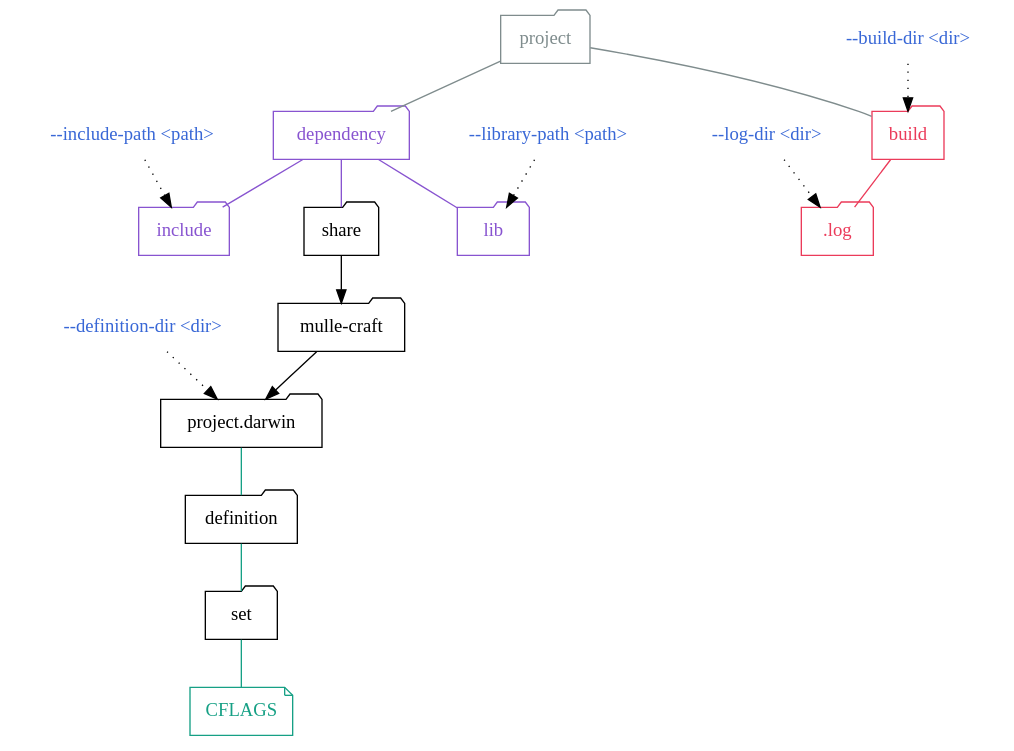
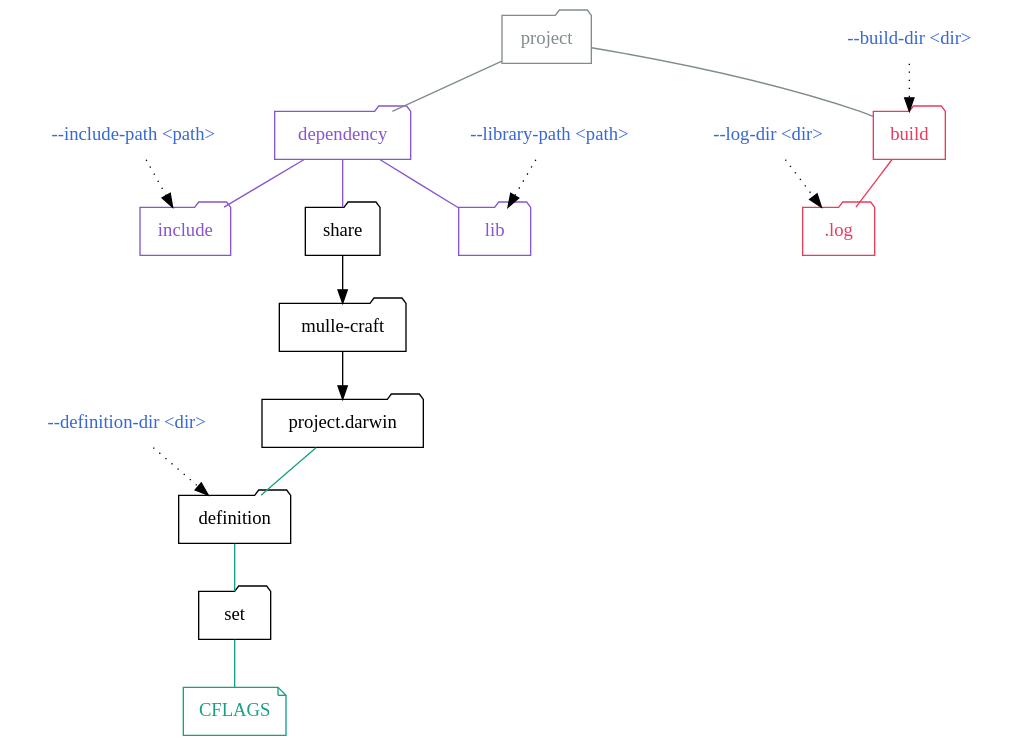
The diagram in dox/overview.dot (mulle-sde/mulle-make), drawn with Graphviz before and after one commit. The commit also changed 3 other files, not shown here.

```diff
--- a/dox/overview.dot
+++ b/dox/overview.dot
@@ -1,40 +1,40 @@
 digraph G {
     graph [rankdir = TD];
 
     node[ shape=folder];
 
     "--definition-dir <dir>"                  [ shape="none", fontcolor="#3867d6" ]
-    "--definition-dir <dir>" -> "project.darwin"  [ style="dotted"]
+    "--definition-dir <dir>" -> "definition"  [ style="dotted"]
 
     "--build-dir <dir>"                  [ shape="none", fontcolor="#3867d6" ]
     "--build-dir <dir>" -> "build"       [ style="dotted"]
 
     "--log-dir <dir>"                    [ shape="none", fontcolor="#3867d6" ]
     "--log-dir <dir>" -> ".log"          [ style="dotted"]
 
     "--include-path <path>"              [ shape="none", fontcolor="#3867d6" ]
     "--include-path <path>" -> "include" [ style="dotted"]
 
     "--library-path <path>"              [ shape="none", fontcolor="#3867d6" ]
     "--library-path <path>" -> "lib"     [ style="dotted"]
 
-    ".log"                           [ color="#eb3b5a", fontcolor="#eb3b5a" ]
-    "build"                          [ color="#16a085", fontcolor="#16a085" ]
-    "build"                          [ color="#eb3b5a", fontcolor="#eb3b5a" ]
-    "dependency"                     [ color="#8854d0", fontcolor="#8854d0" ]
-    "include"                        [ color="#8854d0", fontcolor="#8854d0" ]
-    "lib"                            [ color="#8854d0", fontcolor="#8854d0" ]
+    ".log"                               [ color="#eb3b5a", fontcolor="#eb3b5a" ]
+    "build"                              [ color="#16a085", fontcolor="#16a085" ]
+    "build"                              [ color="#eb3b5a", fontcolor="#eb3b5a" ]
+    "dependency"                         [ color="#8854d0", fontcolor="#8854d0" ]
+    "include"                            [ color="#8854d0", fontcolor="#8854d0" ]
+    "lib"                                [ color="#8854d0", fontcolor="#8854d0" ]
     "project"                            [ color="#7f8c8d", fontcolor="#7f8c8d" ]
 
-    "project"        -> "build"         [ arrowhead="none", color="#7f8c8d" ]
-    "project"        -> "dependency"    [ arrowhead="none", color="#7f8c8d" ]
-    "dependency" -> "lib"           [ arrowhead="none", color="#8854d0" ]
-    "dependency" -> "include"       [ arrowhead="none", color="#8854d0" ]
-    "dependency" -> "share"         [ arrowhead="none", color="#8854d0" ]
+    "project"        -> "build"          [ arrowhead="none", color="#7f8c8d" ]
+    "project"        -> "dependency"     [ arrowhead="none", color="#7f8c8d" ]
+    "dependency" -> "lib"                [ arrowhead="none", color="#8854d0" ]
+    "dependency" -> "include"            [ arrowhead="none", color="#8854d0" ]
+    "dependency" -> "share"              [ arrowhead="none", color="#8854d0" ]
     "build"      -> ".log"               [ arrowhead="none", color="#eb3b5a" ]
 
     "share" -> "mulle-craft" -> "project.darwin"
     "project.darwin" -> "definition" -> "set" -> "CFLAGS"  [ arrowhead="none", color="#16a085" ]
 
     "CFLAGS"            [ shape="note", color="#16a085", fontcolor="#16a085" ]
 }
```
